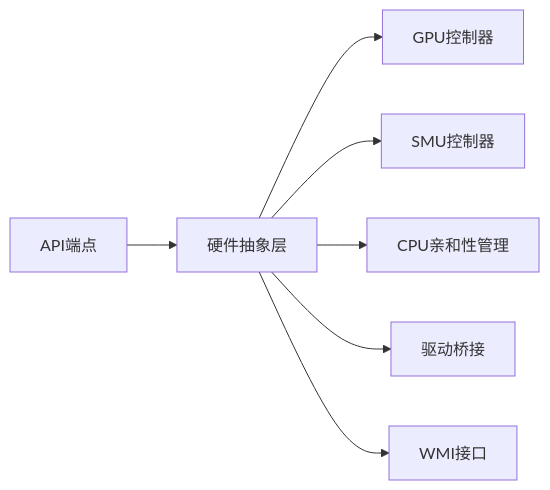
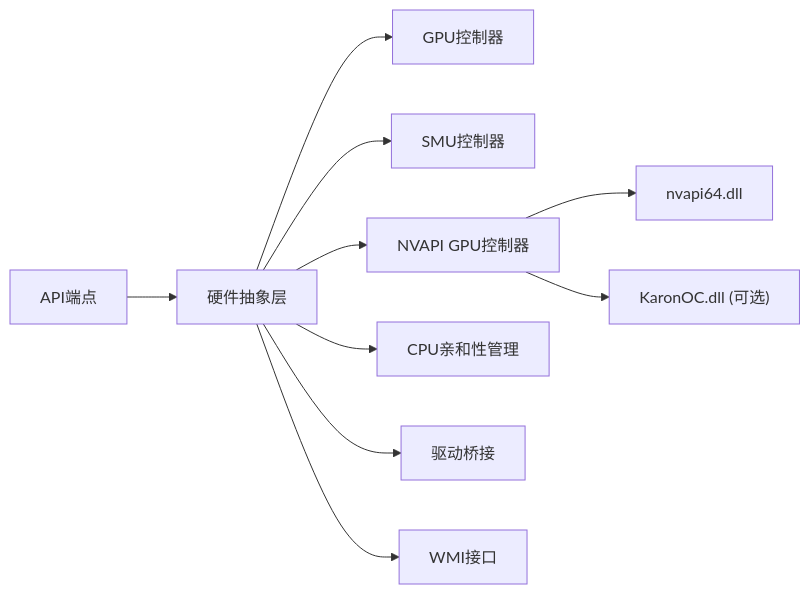
Before and after one commit to KanzakiK/DOUZHANZHE-Control: the sixth of 6 diagrams in .qoder/repowiki/zh/content/API参考文档/RESTful API/硬件控制API/硬件控制API.md, drawn with Mermaid. The commit also changed other lines of this file and 37 other files, not shown here.

````diff
--- a/.qoder/repowiki/zh/content/API参考文档/RESTful API/硬件控制API/硬件控制API.md
+++ b/.qoder/repowiki/zh/content/API参考文档/RESTful API/硬件控制API/硬件控制API.md
@@ -328,9 +523,12 @@
 ```mermaid
 graph LR
 API["API端点"] --> HAL["硬件抽象层"]
 HAL --> GPU["GPU控制器"]
 HAL --> SMU["SMU控制器"]
+HAL --> NVAPI["NVAPI GPU控制器"]
 HAL --> CPU["CPU亲和性管理"]
 HAL --> DRV["驱动桥接"]
 HAL --> WMI["WMI接口"]
+NVAPI --> NVAPI64["nvapi64.dll"]
+NVAPI --> KARON["KaronOC.dll (可选)"]
 ```
````
